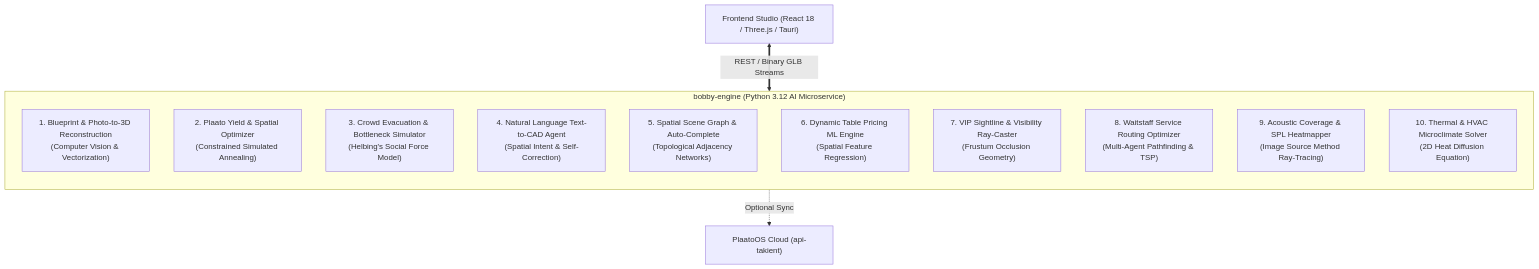
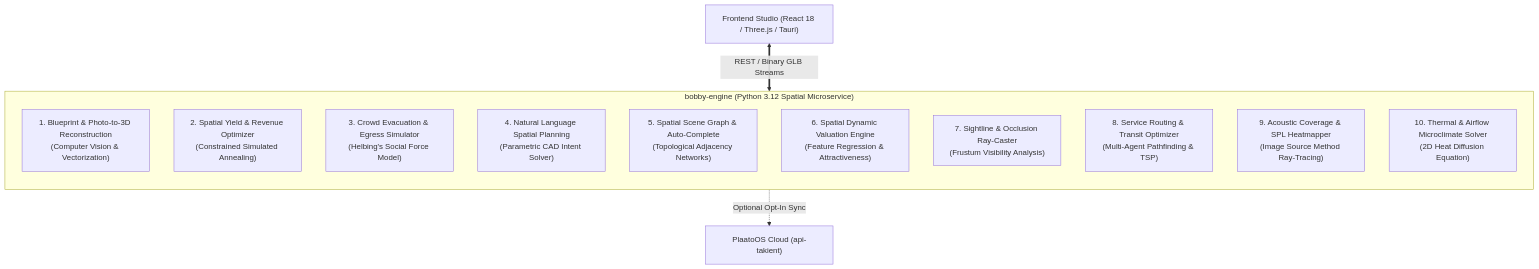
The diagram in FUTURE_PLAN.md (luisenriquecgongora/bobby), drawn with Mermaid before and after one commit. The commit also changed other lines of this file and 1 other file, not shown here.

Commit message:
docs(roadmap): refocus future plan on seamless, lowkey cross-purpose spatial intelligence architecture

````diff
--- a/FUTURE_PLAN.md
+++ b/FUTURE_PLAN.md
@@ -26,19 +23,19 @@
 ```mermaid
 flowchart TD
-    subgraph BobbyEngine["bobby-engine (Python 3.12 AI Microservice)"]
+    subgraph BobbyEngine["bobby-engine (Python 3.12 Spatial Microservice)"]
         direction TB
         CV["1. Blueprint & Photo-to-3D Reconstruction\n(Computer Vision & Vectorization)"]
-        OPT["2. Plaato Yield & Spatial Optimizer\n(Constrained Simulated Annealing)"]
-        ABM["3. Crowd Evacuation & Bottleneck Simulator\n(Helbing's Social Force Model)"]
-        NLP["4. Natural Language Text-to-CAD Agent\n(Spatial Intent & Self-Correction)"]
+        OPT["2. Spatial Yield & Revenue Optimizer\n(Constrained Simulated Annealing)"]
+        ABM["3. Crowd Evacuation & Egress Simulator\n(Helbing's Social Force Model)"]
+        NLP["4. Natural Language Spatial Planning\n(Parametric CAD Intent Solver)"]
         GNN["5. Spatial Scene Graph & Auto-Complete\n(Topological Adjacency Networks)"]
-        ML["6. Dynamic Table Pricing ML Engine\n(Spatial Feature Regression)"]
-        RAY["7. VIP Sightline & Visibility Ray-Caster\n(Frustum Occlusion Geometry)"]
-        TSP["8. Waitstaff Service Routing Optimizer\n(Multi-Agent Pathfinding & TSP)"]
+        ML["6. Spatial Dynamic Valuation Engine\n(Feature Regression & Attractiveness)"]
+        RAY["7. Sightline & Occlusion Ray-Caster\n(Frustum Visibility Analysis)"]
+        TSP["8. Service Routing & Transit Optimizer\n(Multi-Agent Pathfinding & TSP)"]
         SPL["9. Acoustic Coverage & SPL Heatmapper\n(Image Source Method Ray-Tracing)"]
-        CFD["10. Thermal & HVAC Microclimate Solver\n(2D Heat Diffusion Equation)"]
+        CFD["10. Thermal & Airflow Microclimate Solver\n(2D Heat Diffusion Equation)"]
     end
 
     Client["Frontend Studio (React 18 / Three.js / Tauri)"] <== "REST / Binary GLB Streams" ==> BobbyEngine
-    BobbyEngine -. "Optional Sync" .-> PlaatoOS["PlaatoOS Cloud (api-takient)"]
+    BobbyEngine -. "Optional Opt-In Sync" .-> PlaatoOS["PlaatoOS Cloud (api-takient)"]
 ```
````
